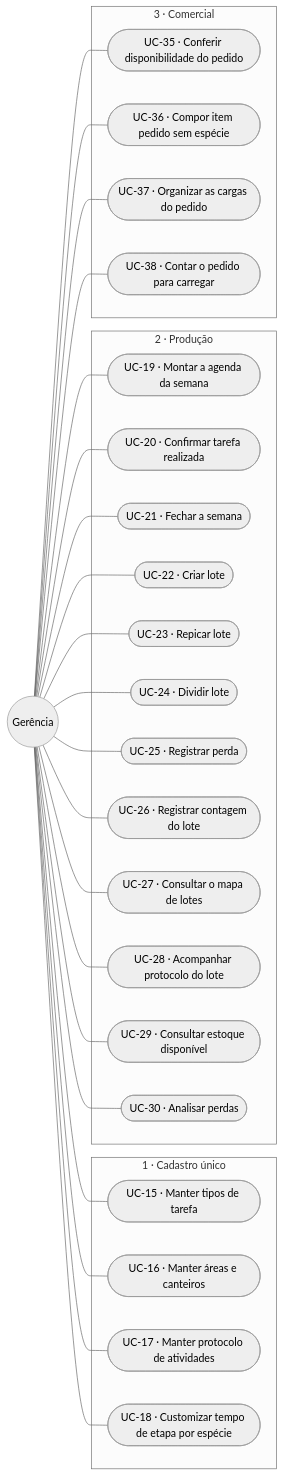
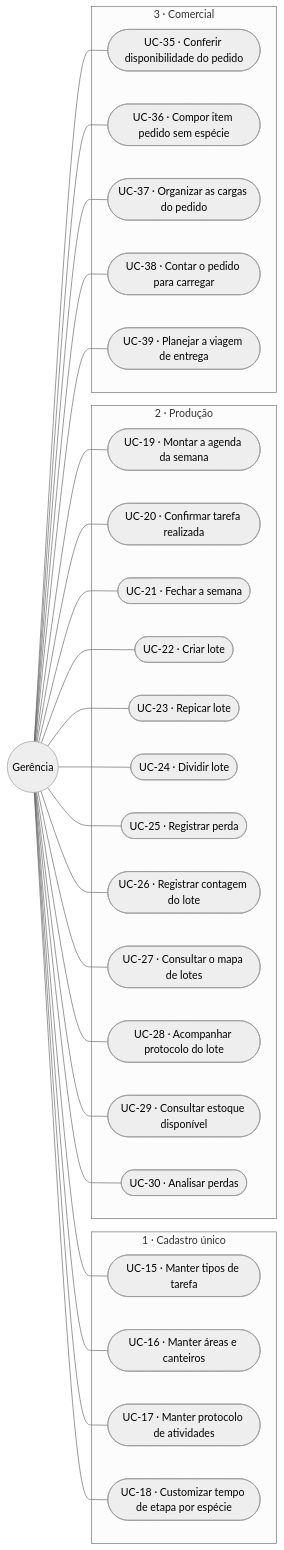
One commit to JoaoMudar/tcc changed the third of 4 diagrams in docs/engenharia/C-modelagem/C1-diagrama-casos-de-uso.md. Above: the diagram before and after it, drawn with Mermaid (neutral theme). The commit also changed other lines of this file and 25 other files, not shown here.

````diff
--- a/docs/engenharia/C-modelagem/C1-diagrama-casos-de-uso.md
+++ b/docs/engenharia/C-modelagem/C1-diagrama-casos-de-uso.md
@@ -181,54 +181,56 @@
 ```mermaid
 graph LR
   GE(("Gerência"))
 
   subgraph M1["1 · Cadastro único"]
     UC42(["UC-15 · Manter tipos de tarefa"])
     UC46(["UC-16 · Manter áreas e canteiros"])
     UC57(["UC-17 · Manter protocolo de atividades"])
     UC59(["UC-18 · Customizar tempo de etapa por espécie"])
   end
 
   subgraph M2["2 · Produção"]
     UC43(["UC-19 · Montar a agenda da semana"])
     UC51(["UC-20 · Confirmar tarefa realizada"])
     UC52(["UC-21 · Fechar a semana"])
     UC47(["UC-22 · Criar lote"])
     UC48(["UC-23 · Repicar lote"])
     UC58(["UC-24 · Dividir lote"])
     UC17(["UC-25 · Registrar perda"])
     UC16(["UC-26 · Registrar contagem do lote"])
     UC61(["UC-27 · Consultar o mapa de lotes"])
     UC62(["UC-28 · Acompanhar protocolo do lote"])
     UC15(["UC-29 · Consultar estoque disponível"])
     UC18(["UC-30 · Analisar perdas"])
   end
 
   subgraph M3["3 · Comercial"]
     UC63(["UC-35 · Conferir disponibilidade do pedido"])
     UC64(["UC-36 · Compor item pedido sem espécie"])
     UC65(["UC-37 · Organizar as cargas do pedido"])
     UC66(["UC-38 · Contar o pedido para carregar"])
+    UC67(["UC-39 · Planejar a viagem de entrega"])
   end
 
   GE --- UC42
   GE --- UC46
   GE --- UC57
   GE --- UC59
   GE --- UC43
   GE --- UC51
   GE --- UC52
   GE --- UC47
   GE --- UC48
   GE --- UC58
   GE --- UC17
   GE --- UC16
   GE --- UC61
   GE --- UC62
   GE --- UC15
   GE --- UC18
   GE --- UC63
   GE --- UC64
   GE --- UC65
   GE --- UC66
+  GE --- UC67
 ```
````
